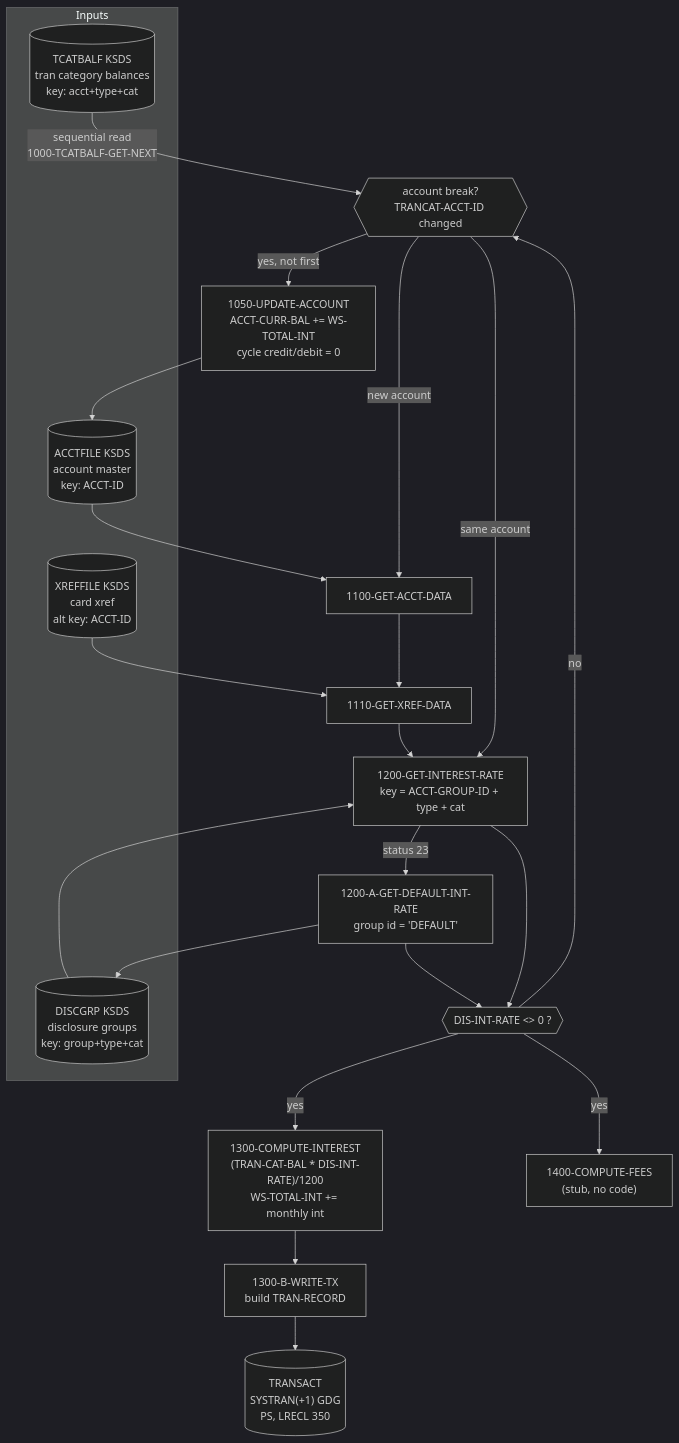
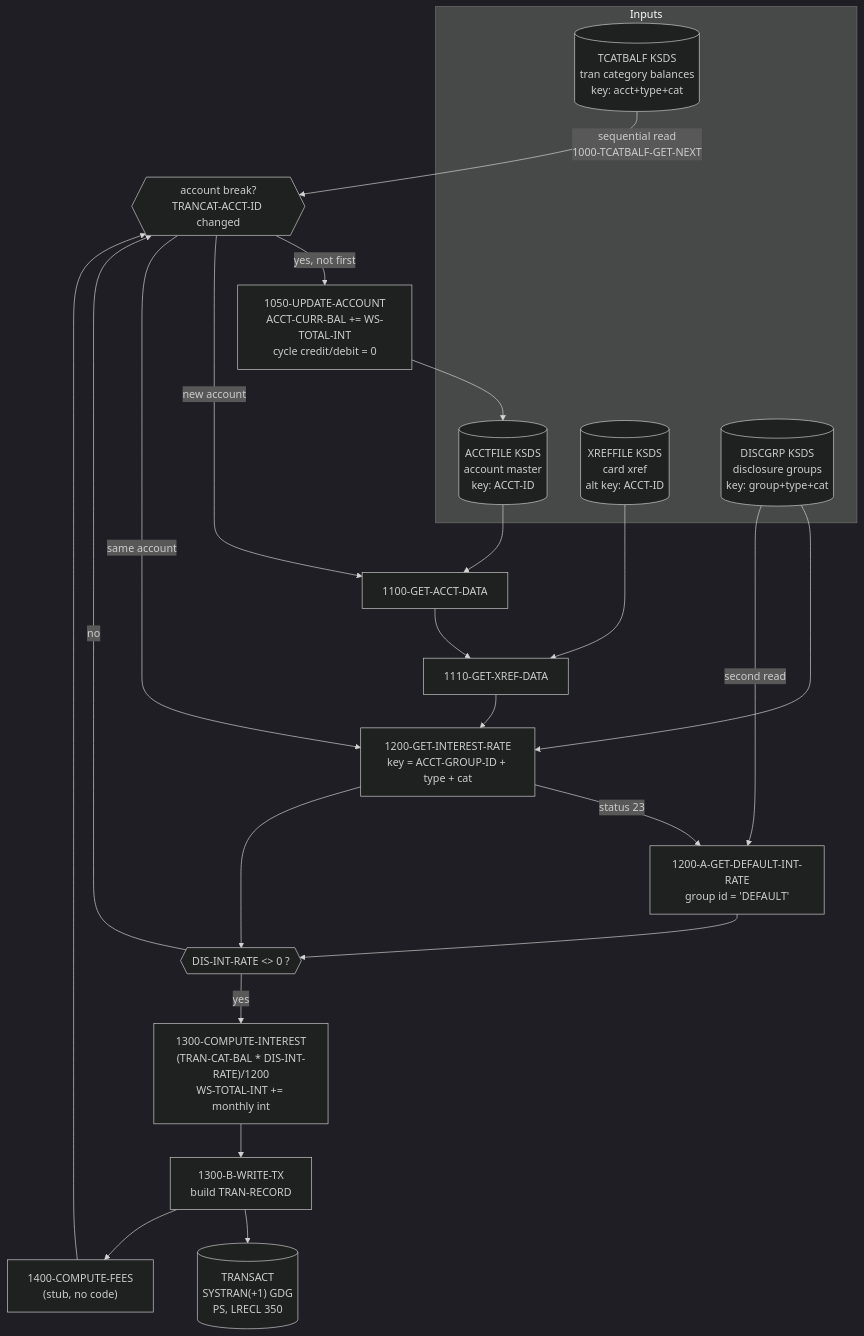
The diagram in docs/interest-accrual-batch.md (Chadillac6/mainframeCOBOL-modernization-carddemo), drawn with Mermaid (dark theme) before and after one commit. The commit also changed other lines of this file, not shown here.

Commit message:
docs: clarify zero-rate caveat and fix diagram edges

````diff
--- a/docs/interest-accrual-batch.md
+++ b/docs/interest-accrual-batch.md
@@ -92,29 +94,30 @@
 ```mermaid
 flowchart TD
     subgraph Inputs
         TCB[("TCATBALF KSDS<br/>tran category balances<br/>key: acct+type+cat")]
         ACCT[("ACCTFILE KSDS<br/>account master<br/>key: ACCT-ID")]
         XREF[("XREFFILE KSDS<br/>card xref<br/>alt key: ACCT-ID")]
         DISC[("DISCGRP KSDS<br/>disclosure groups<br/>key: group+type+cat")]
     end
 
     TCB -->|sequential read<br/>1000-TCATBALF-GET-NEXT| LOOP{{"account break?<br/>TRANCAT-ACCT-ID changed"}}
     LOOP -->|yes, not first| UPD["1050-UPDATE-ACCOUNT<br/>ACCT-CURR-BAL += WS-TOTAL-INT<br/>cycle credit/debit = 0"]
     UPD --> ACCT
     LOOP -->|new account| RD1["1100-GET-ACCT-DATA"]
     ACCT --> RD1
     RD1 --> RD2["1110-GET-XREF-DATA"]
     XREF --> RD2
     RD2 --> RATE
     LOOP -->|same account| RATE["1200-GET-INTEREST-RATE<br/>key = ACCT-GROUP-ID + type + cat"]
     DISC --> RATE
     RATE -->|status 23| DEF["1200-A-GET-DEFAULT-INT-RATE<br/>group id = 'DEFAULT'"]
-    DEF --> DISC
+    DISC -->|second read| DEF
     DEF --> CHK
     RATE --> CHK{{"DIS-INT-RATE <> 0 ?"}}
     CHK -->|no| LOOP
     CHK -->|yes| CALC["1300-COMPUTE-INTEREST<br/>(TRAN-CAT-BAL * DIS-INT-RATE)/1200<br/>WS-TOTAL-INT += monthly int"]
     CALC --> TX["1300-B-WRITE-TX<br/>build TRAN-RECORD"]
     TX --> OUT[("TRANSACT<br/>SYSTRAN(+1) GDG<br/>PS, LRECL 350")]
-    CHK -->|yes| FEES["1400-COMPUTE-FEES<br/>(stub, no code)"]
+    TX --> FEES["1400-COMPUTE-FEES<br/>(stub, no code)"]
+    FEES --> LOOP
 ```
````
